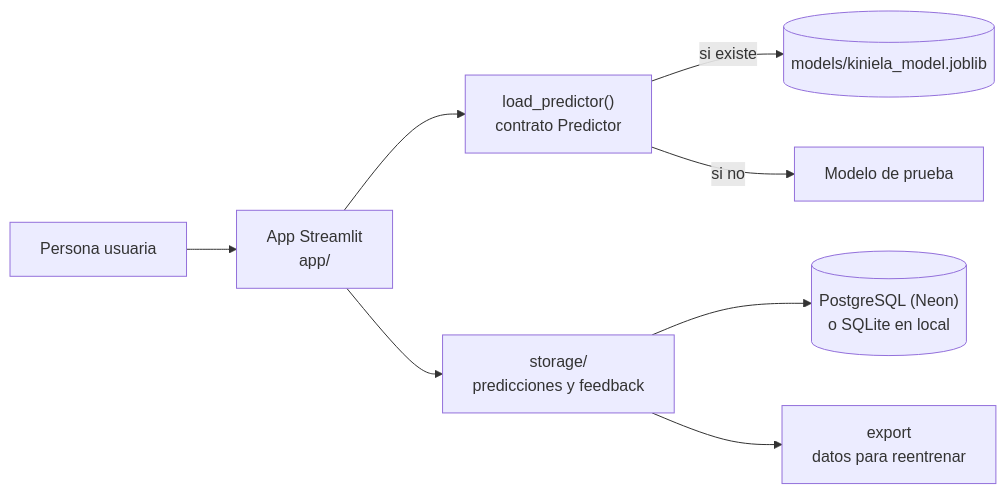
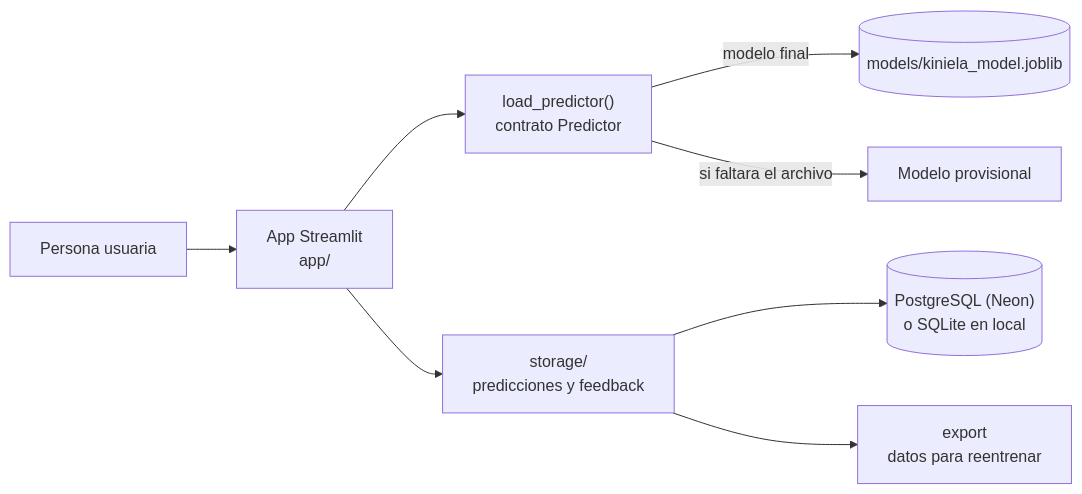
Before and after one commit to IA-P1-BCN/kiniela-predictor-equipo2: the first of 2 diagrams in docs/informe/06-aplicacion-y-despliegue.md, drawn with Mermaid. The commit also changed other lines of this file and 3 other files, not shown here.

````diff
--- a/docs/informe/06-aplicacion-y-despliegue.md
+++ b/docs/informe/06-aplicacion-y-despliegue.md
@@ -11,10 +11,10 @@
 ```mermaid
 flowchart LR
   U[Persona usuaria] --> APP["App Streamlit<br/>app/"]
   APP --> PRED["load_predictor()<br/>contrato Predictor"]
   APP --> STO["storage/<br/>predicciones y feedback"]
-  PRED -->|si existe| M[(models/kiniela_model.joblib)]
-  PRED -->|si no| REF[Modelo de prueba]
+  PRED -->|modelo final| M[(models/kiniela_model.joblib)]
+  PRED -->|si faltara el archivo| REF[Modelo provisional]
   STO --> DB[("PostgreSQL (Neon)<br/>o SQLite en local")]
   STO --> EXP["export<br/>datos para reentrenar"]
 ```
````
